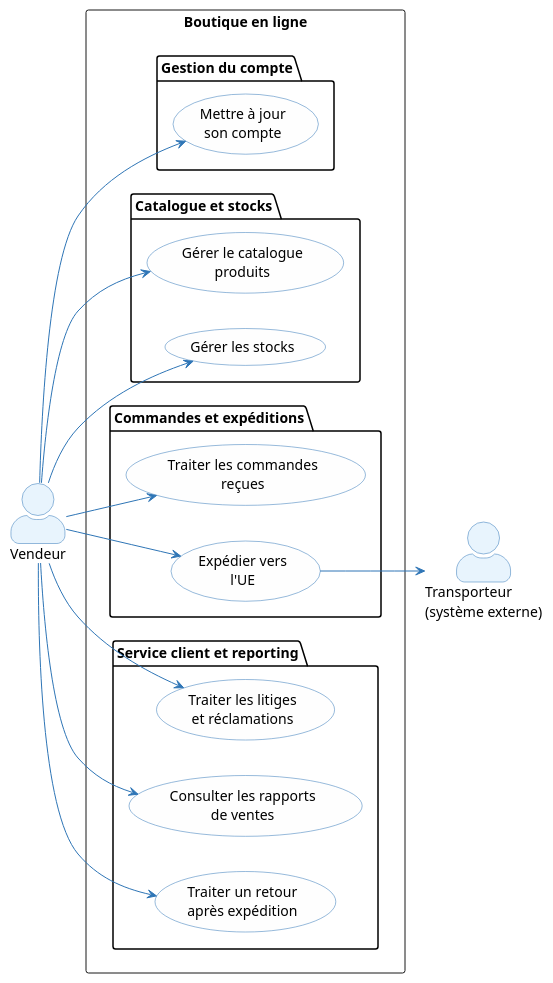
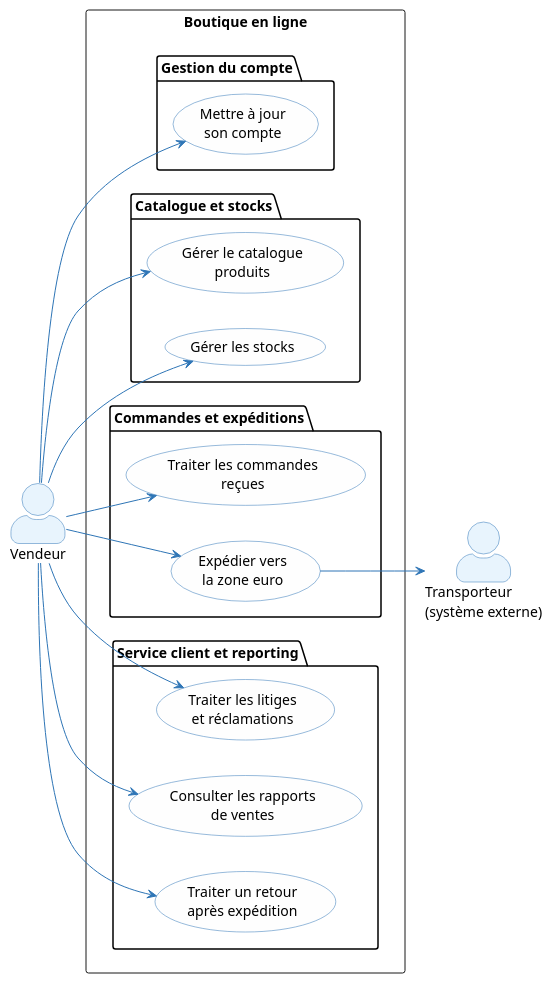
The second of 5 diagrams in architecture/01-operational-analysis/oa.adoc (louistalvande/online_shop), drawn with PlantUML before and after one commit. The commit also changed other lines of this file and 20 other files, not shown here.

Commit message:
deliver to euro zone only

```diff
--- a/architecture/01-operational-analysis/oa.adoc
+++ b/architecture/01-operational-analysis/oa.adoc
@@ -117,47 +117,47 @@
 [plantuml, oa-uc-vendor, svg]
 ----
 skinparam actorStyle awesome
 skinparam usecase {
   BackgroundColor #FEFEFE
   BorderColor #2E75B6
   ArrowColor #2E75B6
 }
 skinparam actor {
   BackgroundColor #E8F4FD
   BorderColor #2E75B6
 }
 
 left to right direction
 
 actor "Vendeur" as Vendor
 actor "Transporteur\n(système externe)" as Carrier
 
 rectangle "Boutique en ligne" {
   package "Gestion du compte" {
     usecase (Mettre à jour\nson compte) as UC_V0
   }
   package "Catalogue et stocks" {
     usecase (Gérer le catalogue\nproduits) as UC_V1
     usecase (Gérer les stocks) as UC_V2
   }
   package "Commandes et expéditions" {
     usecase (Traiter les commandes\nreçues) as UC_V3
-    usecase (Expédier vers\nl'UE) as UC_V4
+    usecase (Expédier vers\nla zone euro) as UC_V4
   }
   package "Service client et reporting" {
     usecase (Traiter les litiges\net réclamations) as UC_V5
     usecase (Consulter les rapports\nde ventes) as UC_V6
     usecase (Traiter un retour\naprès expédition) as UC_V8
   }
 }
 
 Vendor --> UC_V0
 Vendor --> UC_V1
 Vendor --> UC_V2
 Vendor --> UC_V3
 Vendor --> UC_V4
 Vendor --> UC_V5
 Vendor --> UC_V6
 Vendor --> UC_V8
 UC_V4 --> Carrier
 ----
```
